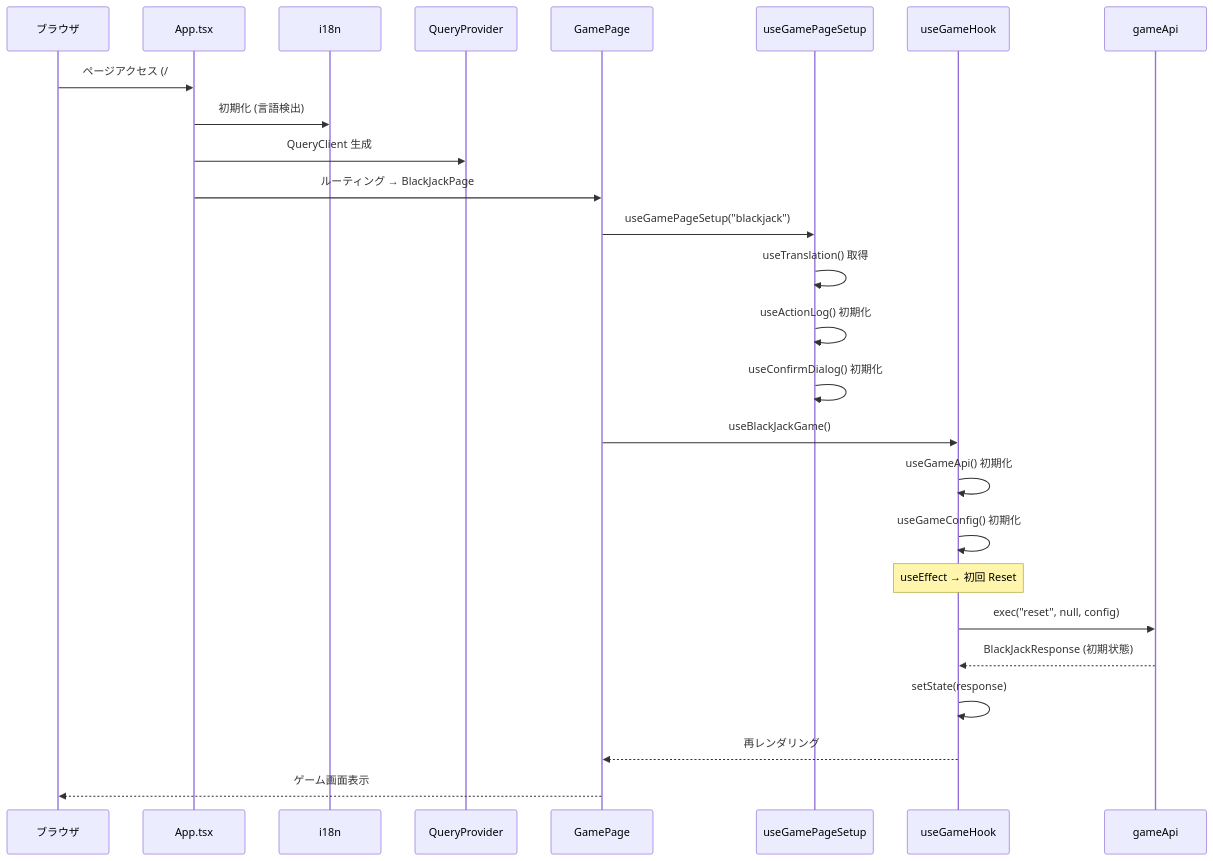
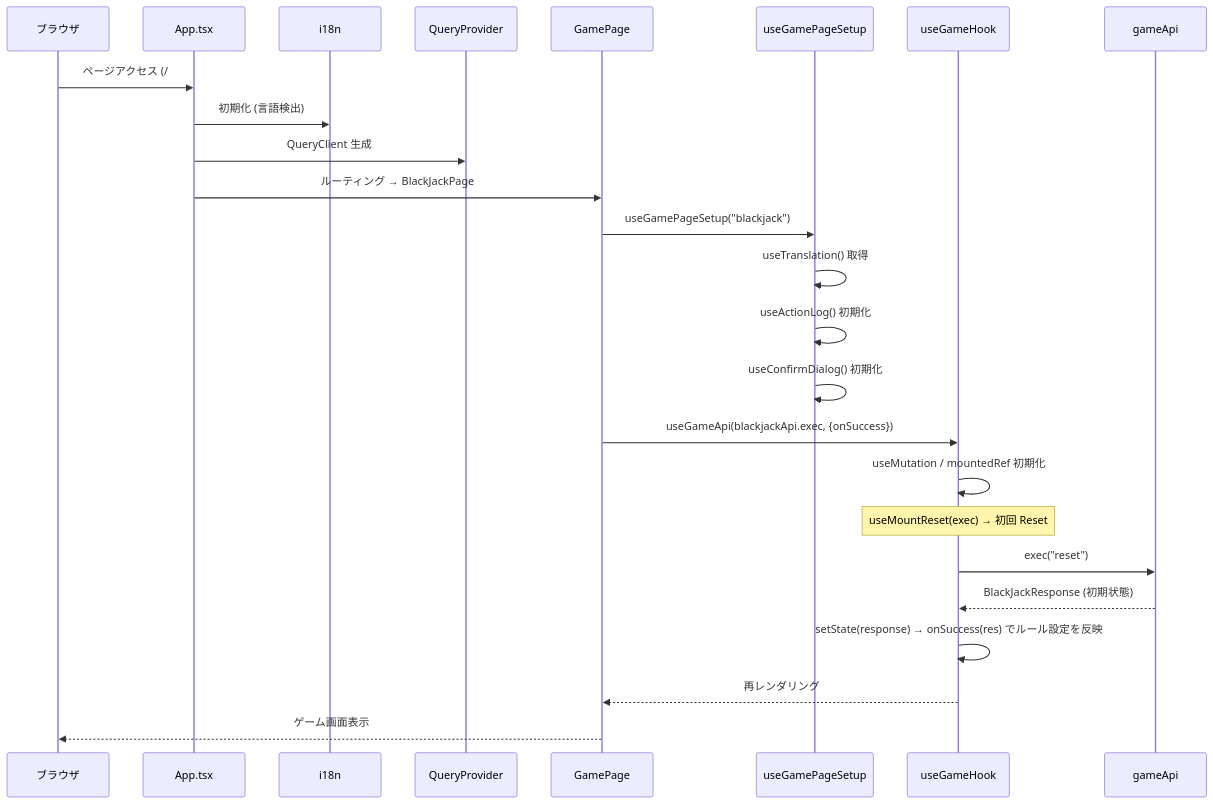
Diagram 13 of 49 in docs/design/frontend.md (yuta-yoshinaga/go_trumpcards), drawn with Mermaid before and after one commit. The commit also changed other lines of this file and 12 other files, not shown here.

````diff
--- a/docs/design/frontend.md
+++ b/docs/design/frontend.md
@@ -2185,33 +2146,32 @@
 ```mermaid
 sequenceDiagram
     participant Browser as ブラウザ
     participant App as App.tsx
     participant i18n as i18n
     participant QP as QueryProvider
     participant Page as GamePage
     participant Setup as useGamePageSetup
     participant Hook as useGameHook
     participant API as gameApi
 
     Browser->>App: ページアクセス (/#/blackjack)
     App->>i18n: 初期化 (言語検出)
     App->>QP: QueryClient 生成
     App->>Page: ルーティング → BlackJackPage
 
     Page->>Setup: useGamePageSetup("blackjack")
     Setup->>Setup: useTranslation() 取得
     Setup->>Setup: useActionLog() 初期化
     Setup->>Setup: useConfirmDialog() 初期化
 
-    Page->>Hook: useBlackJackGame()
-    Hook->>Hook: useGameApi() 初期化
-    Hook->>Hook: useGameConfig() 初期化
+    Page->>Hook: useGameApi(blackjackApi.exec, {onSuccess})
+    Hook->>Hook: useMutation / mountedRef 初期化
 
-    Note over Hook: useEffect → 初回 Reset
-    Hook->>API: exec("reset", null, config)
+    Note over Hook: useMountReset(exec) → 初回 Reset
+    Hook->>API: exec("reset")
     API-->>Hook: BlackJackResponse (初期状態)
-    Hook->>Hook: setState(response)
+    Hook->>Hook: setState(response) → onSuccess(res) でルール設定を反映
     Hook-->>Page: 再レンダリング
 
     Page-->>Browser: ゲーム画面表示
 ```
````
